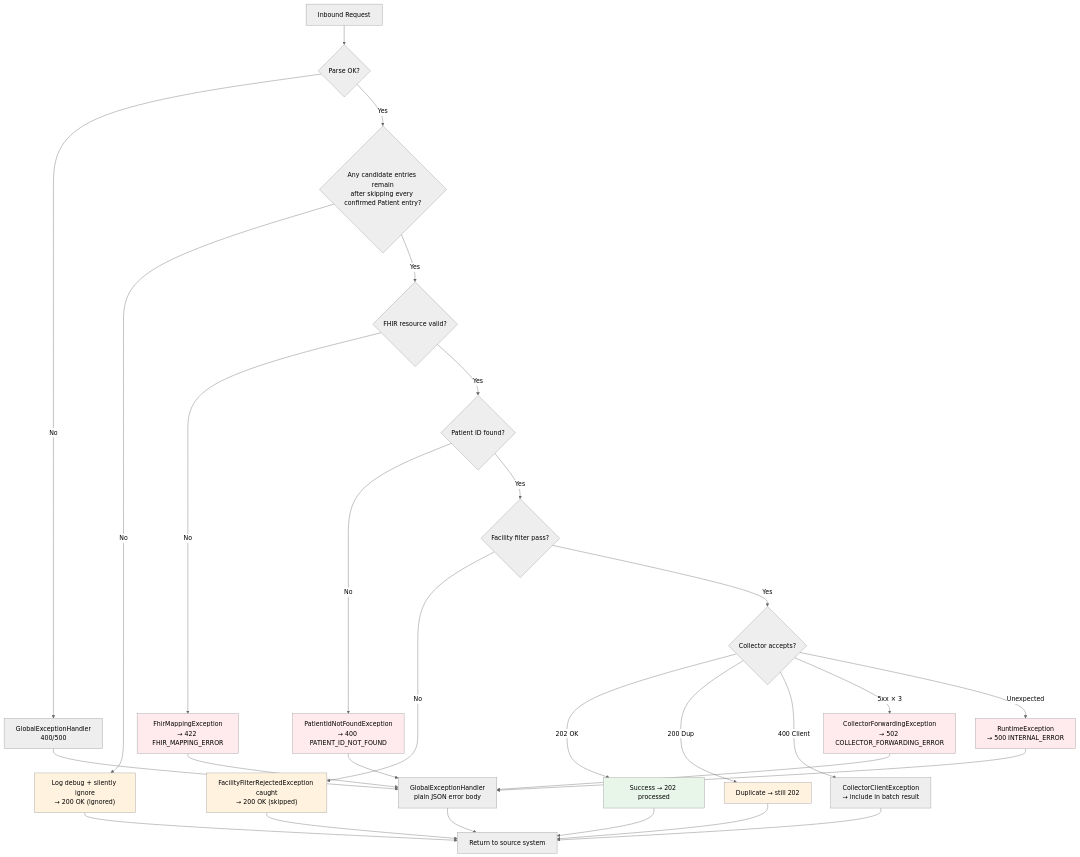
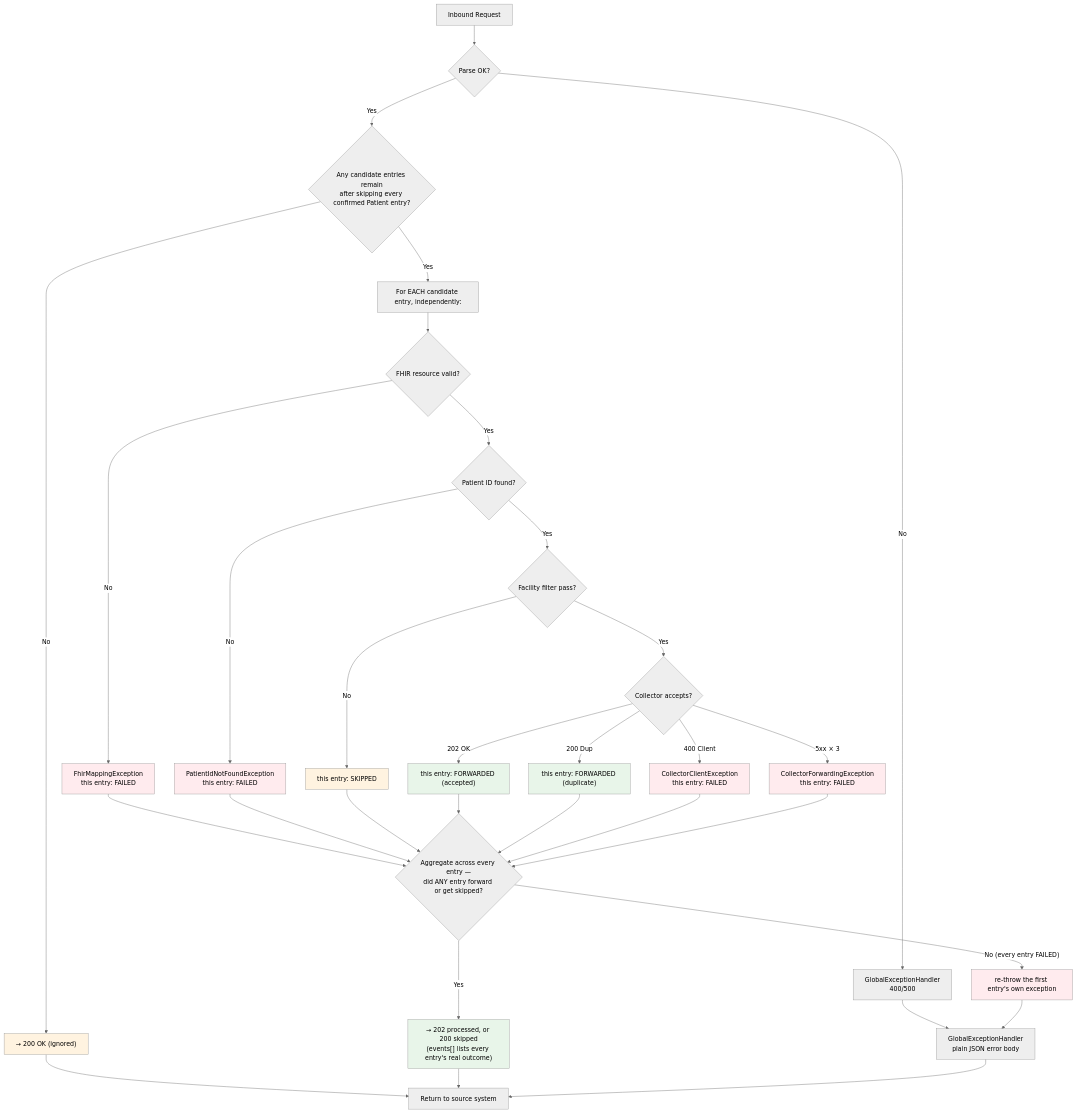
Before and after one commit to ishashankakkasali/tiberbu-cce-emitter-adaptor: the fifth of 7 diagrams in docs/flow-diagrams.md, drawn with Mermaid (neutral theme). The commit also changed other lines of this file and 14 other files, not shown here.

````diff
--- a/docs/flow-diagrams.md
+++ b/docs/flow-diagrams.md
@@ -184,47 +215,54 @@
 ```mermaid
 flowchart TD
     A[Inbound Request] --> B{Parse OK?}
 
     B -->|No| C[GlobalExceptionHandler<br/>400/500]
     B -->|Yes| D{"Any candidate entries remain<br/>after skipping every confirmed Patient entry?"}
 
-    D -->|No| E["Log debug + silently ignore<br/>→ 200 OK (ignored)"]
-    D -->|Yes| F{FHIR resource valid?}
+    D -->|No| E["→ 200 OK (ignored)"]
+    D -->|Yes| PerEntry["For EACH candidate entry, independently:"]
 
-    F -->|No| G[FhirMappingException<br/>→ 422 FHIR_MAPPING_ERROR]
+    PerEntry --> F{FHIR resource valid?}
+    F -->|No| G["FhirMappingException<br/>this entry: FAILED"]
     F -->|Yes| H{Patient ID found?}
 
-    H -->|No| I[PatientIdNotFoundException<br/>→ 400 PATIENT_ID_NOT_FOUND]
+    H -->|No| I["PatientIdNotFoundException<br/>this entry: FAILED"]
     H -->|Yes| FF{Facility filter pass?}
 
-    FF -->|No| FE["FacilityFilterRejectedException caught<br/>→ 200 OK (skipped)"]
+    FF -->|No| FE["this entry: SKIPPED"]
     FF -->|Yes| J{Collector accepts?}
 
-    J -->|202 OK| K[Success → 202 processed]
-    J -->|200 Dup| L[Duplicate → still 202]
-    J -->|400 Client| M[CollectorClientException<br/>→ include in batch result]
-    J -->|5xx × 3| N[CollectorForwardingException<br/>→ 502 COLLECTOR_FORWARDING_ERROR]
-    J -->|Unexpected| UE[RuntimeException<br/>→ 500 INTERNAL_ERROR]
+    J -->|202 OK| K["this entry: FORWARDED (accepted)"]
+    J -->|200 Dup| L["this entry: FORWARDED (duplicate)"]
+    J -->|400 Client| M["CollectorClientException<br/>this entry: FAILED"]
+    J -->|5xx × 3| N["CollectorForwardingException<br/>this entry: FAILED"]
+
+    G --> Agg{"Aggregate across every entry —<br/>did ANY entry forward or get skipped?"}
+    I --> Agg
+    FE --> Agg
+    K --> Agg
+    L --> Agg
+    M --> Agg
+    N --> Agg
+
+    Agg -->|Yes| R["→ 202 processed, or 200 skipped<br/>(events[] lists every entry's real outcome)"]
+    Agg -->|"No (every entry FAILED)"| X["re-throw the first entry's own exception"]
 
     C --> O[GlobalExceptionHandler<br/>plain JSON error body]
+    X --> O
     E --> P
-    FE --> P
-    G --> O
-    I --> O
-    K --> P
-    L --> P
-    M --> P
-    N --> O
-    UE --> O
+    R --> P
 
     O --> P[Return to source system]
 
+    style R fill:#e8f5e9
     style K fill:#e8f5e9
-    style L fill:#fff3e0
+    style L fill:#e8f5e9
     style E fill:#fff3e0
     style FE fill:#fff3e0
     style G fill:#ffebee
     style I fill:#ffebee
+    style M fill:#ffebee
     style N fill:#ffebee
-    style UE fill:#ffebee
+    style X fill:#ffebee
 ```
````
